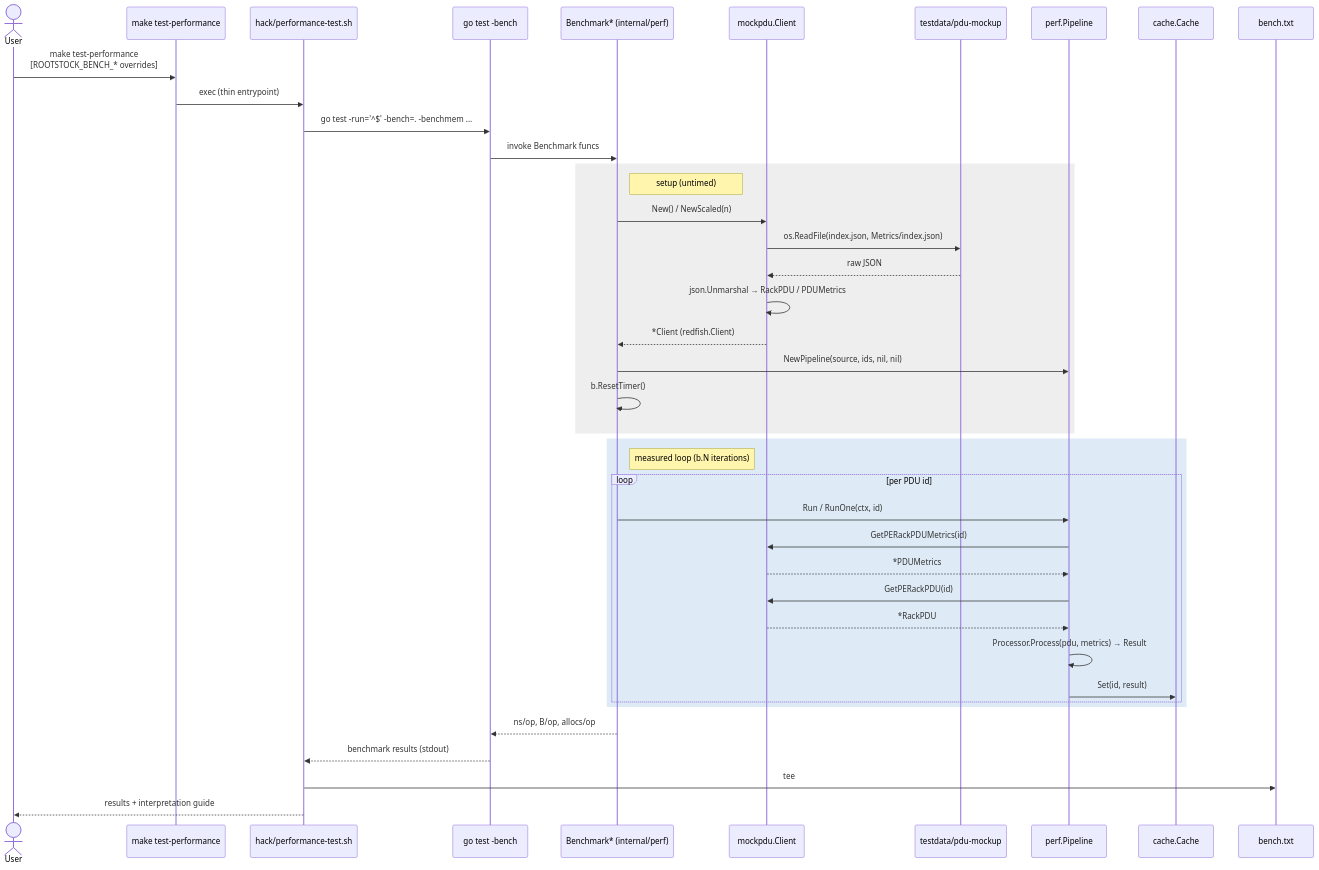
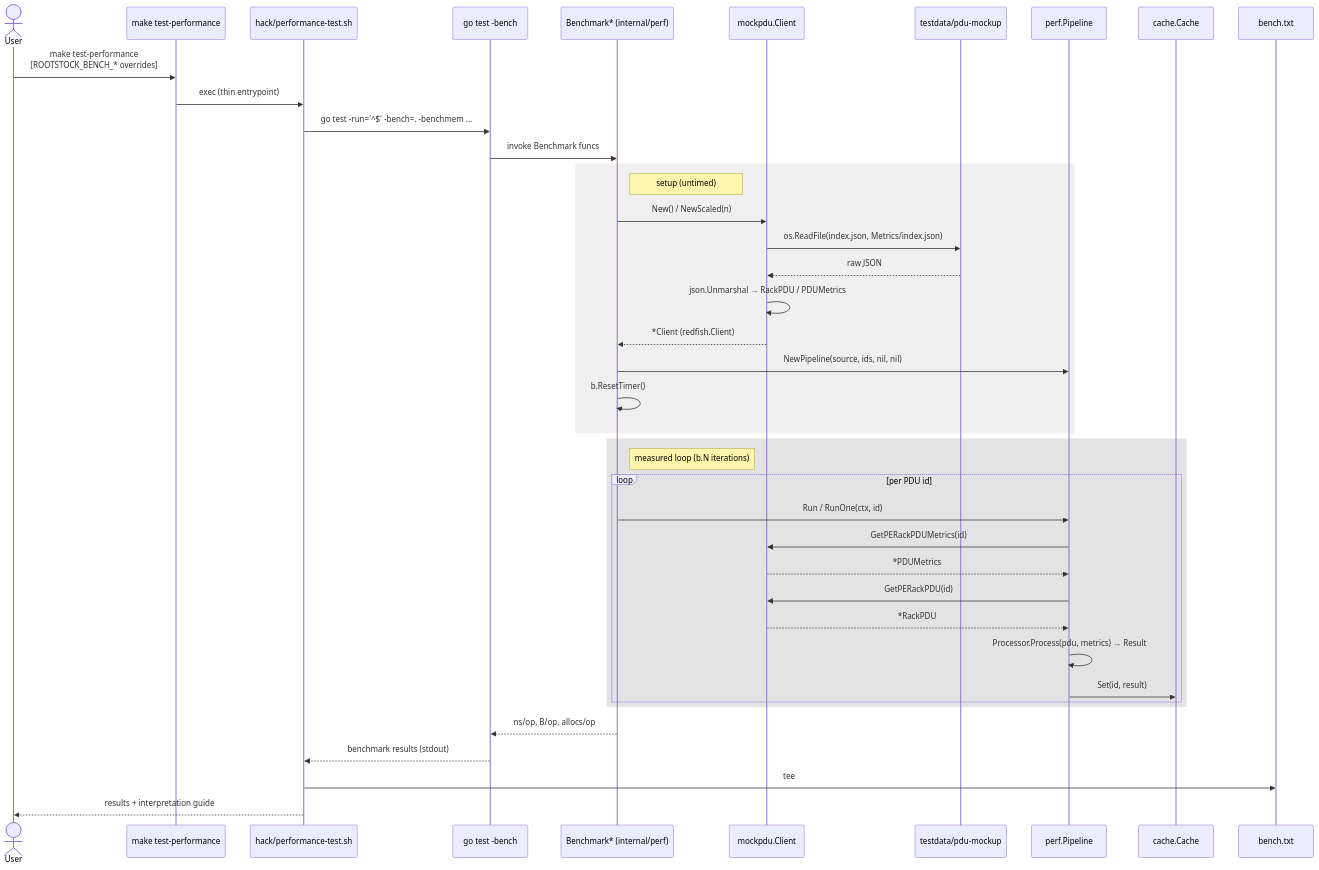
The diagram in docs/testing/performance-testing.md (cloudoperators/rootstock), drawn with Mermaid before and after one commit. The commit also changed other lines of this file, not shown here.

````diff
--- a/docs/testing/performance-testing.md
+++ b/docs/testing/performance-testing.md
@@ -93,47 +98,47 @@
 ```mermaid
 sequenceDiagram
     actor User
     participant Make as make test-performance
     participant Script as hack/performance-test.sh
     participant GoTest as go test -bench
     participant Bench as Benchmark* (internal/perf)
     participant Mock as mockpdu.Client
     participant Data as testdata/pdu-mockup
     participant Pipe as perf.Pipeline
     participant Cache as cache.Cache
     participant Out as bench.txt
 
     User->>Make: make test-performance<br/>[ROOTSTOCK_BENCH_* overrides]
     Make->>Script: exec (thin entrypoint)
     Script->>GoTest: go test -run='^$' -bench=. -benchmem ...
     GoTest->>Bench: invoke Benchmark funcs
 
-    rect rgb(238, 238, 238)
+    rect rgba(128, 128, 128, 0.12)
         note right of Bench: setup (untimed)
         Bench->>Mock: New() / NewScaled(n)
         Mock->>Data: os.ReadFile(index.json, Metrics/index.json)
         Data-->>Mock: raw JSON
         Mock->>Mock: json.Unmarshal → RackPDU / PDUMetrics
         Mock-->>Bench: *Client (redfish.Client)
         Bench->>Pipe: NewPipeline(source, ids, nil, nil)
         Bench->>Bench: b.ResetTimer()
     end
 
-    rect rgb(222, 235, 247)
+    rect rgba(128, 128, 128, 0.22)
         note right of Bench: measured loop (b.N iterations)
         loop per PDU id
             Bench->>Pipe: Run / RunOne(ctx, id)
             Pipe->>Mock: GetPERackPDUMetrics(id)
             Mock-->>Pipe: *PDUMetrics
             Pipe->>Mock: GetPERackPDU(id)
             Mock-->>Pipe: *RackPDU
             Pipe->>Pipe: Processor.Process(pdu, metrics) → Result
             Pipe->>Cache: Set(id, result)
         end
     end
 
     Bench-->>GoTest: ns/op, B/op, allocs/op
     GoTest-->>Script: benchmark results (stdout)
     Script->>Out: tee
     Script-->>User: results + interpretation guide
 ```
````
